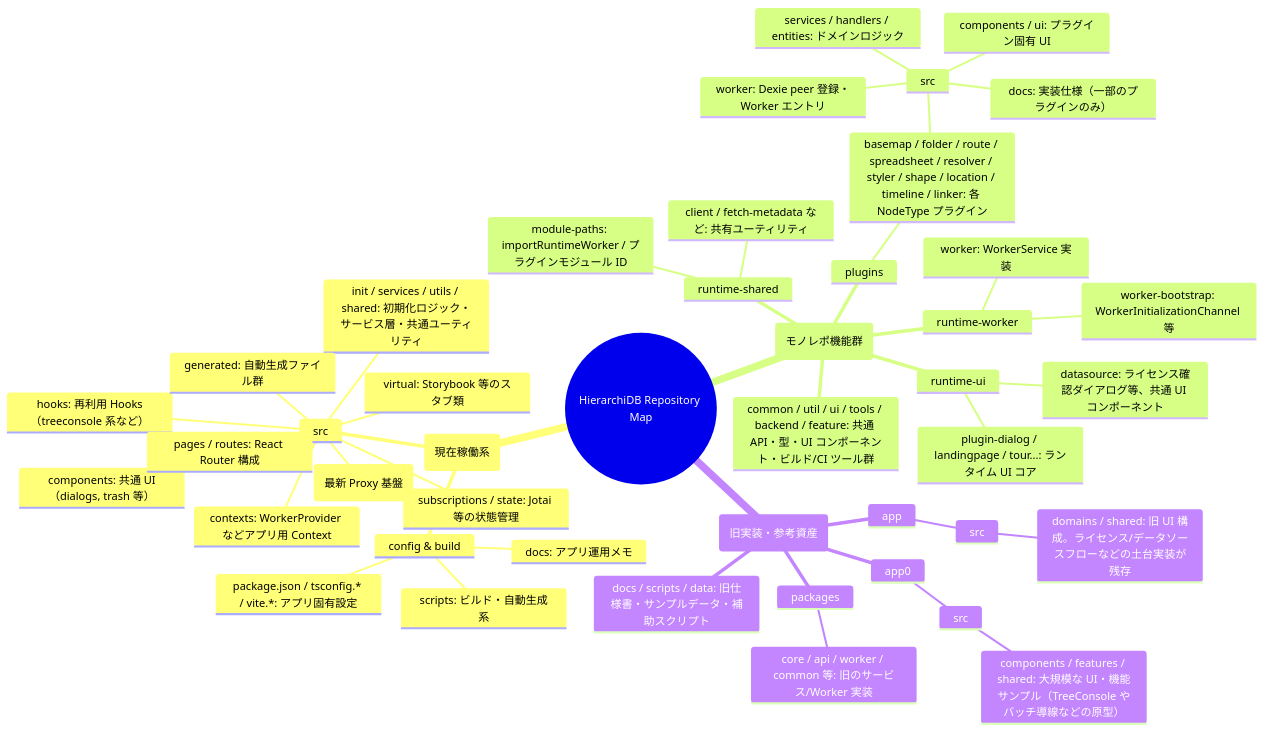
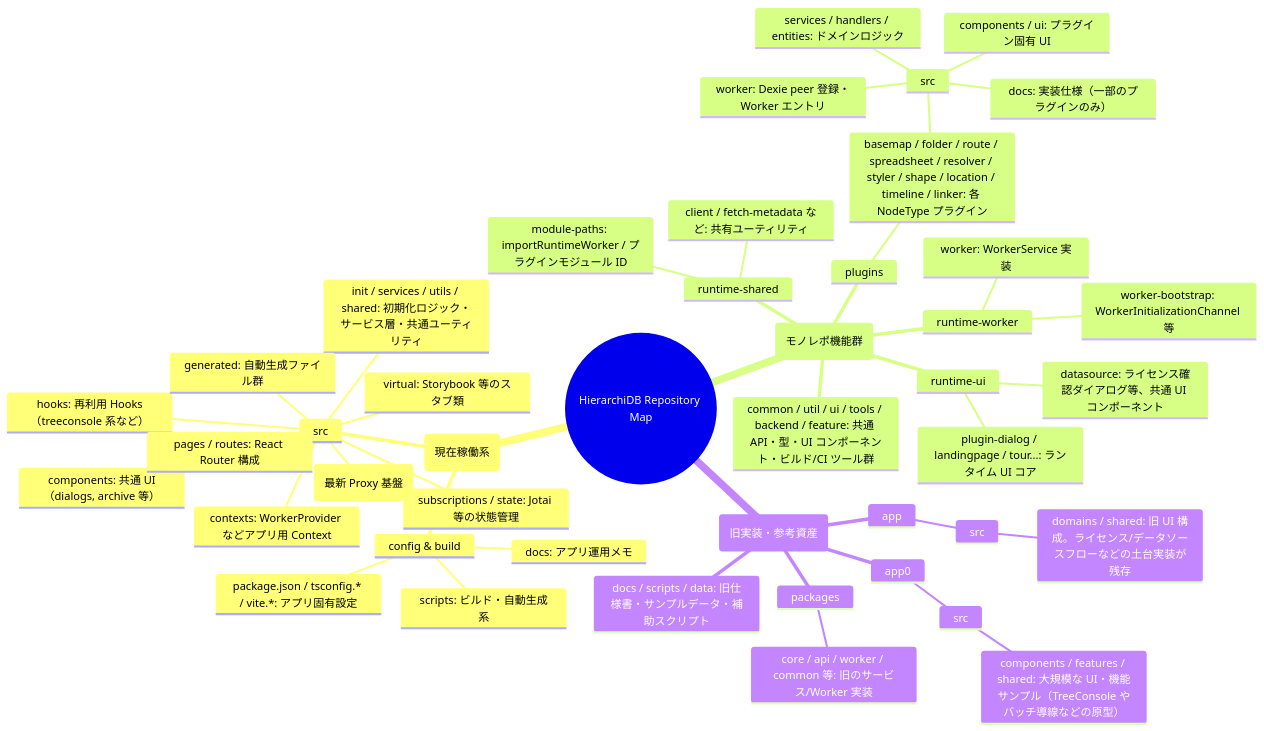
Before and after one commit to kubohiroya/hierarchidb: the first of 2 diagrams in docs/refactoring-folder.md, drawn with Mermaid. The commit also changed 228 other files, not shown here.

Commit message:
refactor: rename 'trash' to 'archive' for improved terminology consistency

````diff
--- a/docs/refactoring-folder.md
+++ b/docs/refactoring-folder.md
@@ -3,47 +3,47 @@
 ```mermaid
 mindmap
   root((HierarchiDB Repository Map))
     App (現在稼働系)
       config & build
         package.json / tsconfig.* / vite.*: アプリ固有設定
         scripts: ビルド・自動生成系
         docs: アプリ運用メモ
       src
-        components: 共通 UI（dialogs, trash 等）
+        components: 共通 UI（dialogs, archive 等）
         contexts: WorkerProvider などアプリ用 Context
         hooks: 再利用 Hooks（treeconsole 系など）
         init / services / utils / shared: 初期化ロジック・サービス層・共通ユーティリティ
         pages / routes: React Router 構成
         worker-runtime: WorkerModuleLoader / StateStore (最新 Proxy 基盤)
         subscriptions / state: Jotai 等の状態管理
         virtual: Storybook 等のスタブ類
         generated: 自動生成ファイル群
     Packages (モノレポ機能群)
       plugins
         basemap / folder / route / spreadsheet / resolver / styler / shape / location / timeline / linker: 各 NodeType プラグイン
           src
             components / ui: プラグイン固有 UI
             worker: Dexie peer 登録・Worker エントリ
             services / handlers / entities: ドメインロジック
             docs: 実装仕様（一部のプラグインのみ）
       runtime-ui
         datasource: ライセンス確認ダイアログ等、共通 UI コンポーネント
         plugin-dialog / landingpage / tour...: ランタイム UI コア
       runtime-worker
         worker: WorkerService 実装
         worker-bootstrap: WorkerInitializationChannel 等
       runtime-shared
         module-paths: importRuntimeWorker / プラグインモジュール ID
         client / fetch-metadata など: 共有ユーティリティ
       common / util / ui / tools / backend / feature: 共通 API・型・UI コンポーネント・ビルド/CI ツール群
     Reference (旧実装・参考資産)
       app
         src
           domains / shared: 旧 UI 構成。ライセンス/データソースフローなどの土台実装が残存
       app0
         src
           components / features / shared: 大規模な UI・機能サンプル（TreeConsole やバッチ導線などの原型）
       packages
         core / api / worker / common 等: 旧のサービス/Worker 実装
       docs / scripts / data: 旧仕様書・サンプルデータ・補助スクリプト
 ```
````
